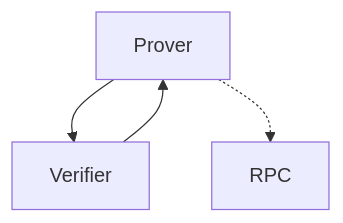
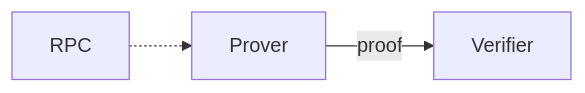
The diagram in README.md (corpus-core/colibri-stateless), drawn with Mermaid before and after one commit. The commit also changed other lines of this file, not shown here.

````diff
--- a/README.md
+++ b/README.md
@@ -11,6 +15,5 @@
 ```mermaid
-flowchart
-    P[Prover] --> V[Verifier]
-    V --> P
-    P -.-> RPC
+flowchart LR
+    P[Prover] -->|proof| V[Verifier]
+    RPC -.-> P
 ```
````
